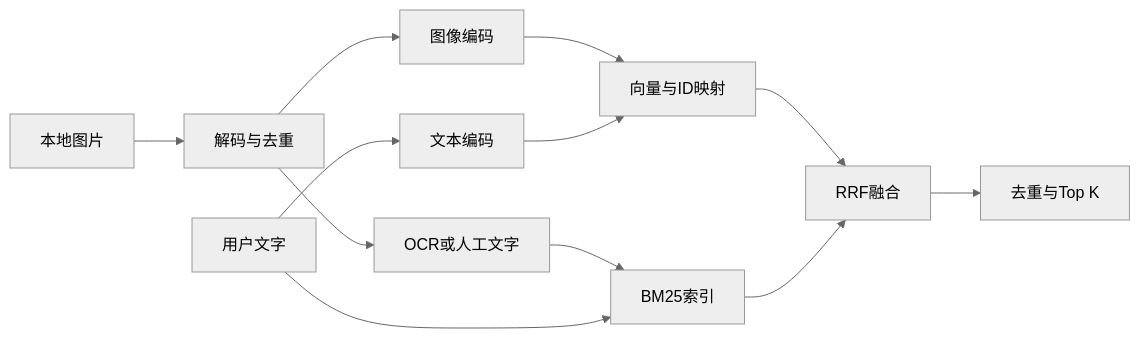
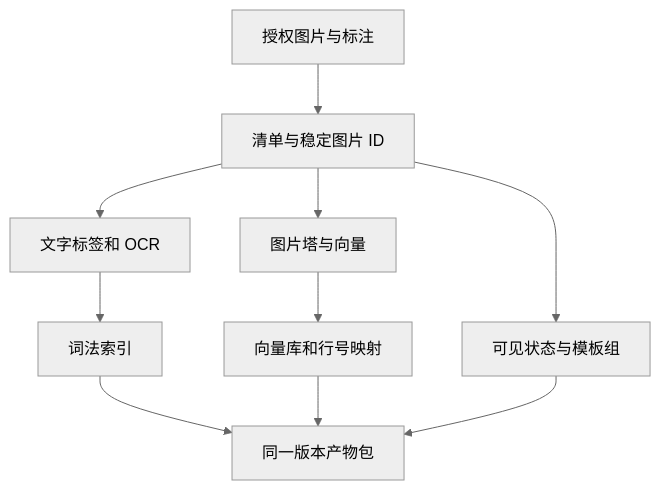
One commit to XWTTKX/learn-meme-search changed the diagram in docs/03-architecture/README.md. Above: the diagram before and after it, drawn with Mermaid (neutral theme). The commit also changed other lines of this file and 12 other files, not shown here.

````diff
--- a/docs/03-architecture/README.md
+++ b/docs/03-architecture/README.md
@@ -45,14 +11,12 @@
 ```mermaid
-flowchart LR
-  I[本地图片] --> D[解码与去重]
-  D --> E[图像编码]
-  D --> O[OCR或人工文字]
-  E --> V[向量与ID映射]
-  O --> B[BM25索引]
-  Q[用户文字] --> T[文本编码]
-  T --> V
-  Q --> B
-  V --> F[RRF融合]
-  B --> F
-  F --> R[去重与Top K]
+flowchart TB
+  A[授权图片与标注] --> B[清单与稳定图片 ID]
+  B --> C[文字标签和 OCR]
+  B --> D[图片塔与向量]
+  C --> L[词法索引]
+  D --> V[向量库和行号映射]
+  B --> M[可见状态与模板组]
+  L --> P[同一版本产物包]
+  V --> P
+  M --> P
 ```
````
